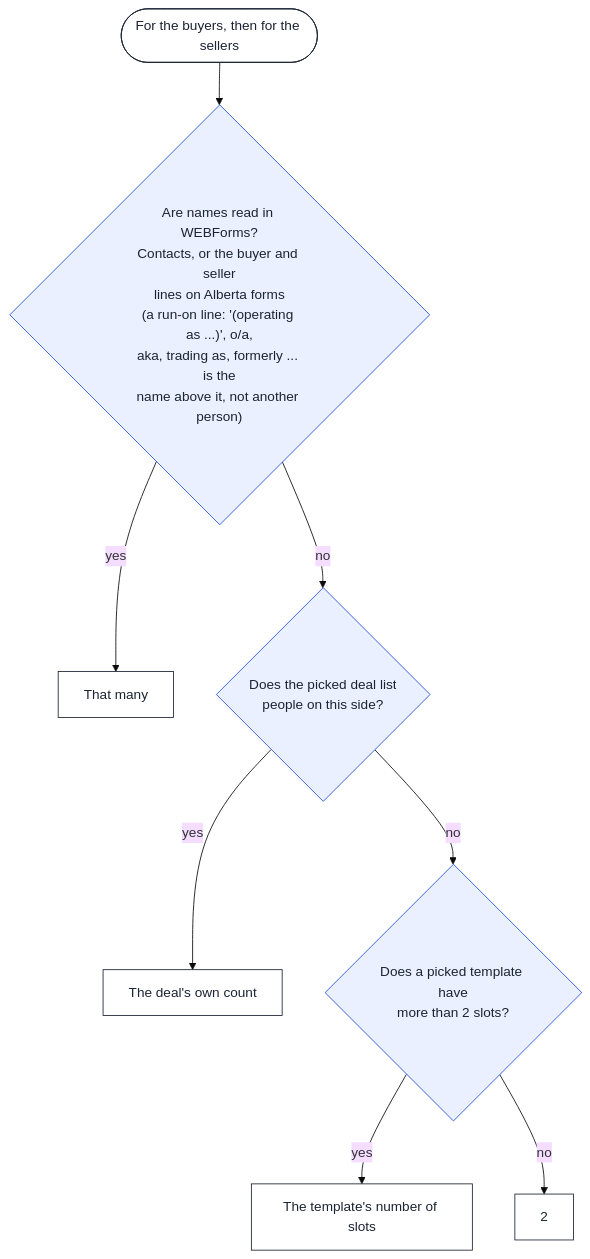
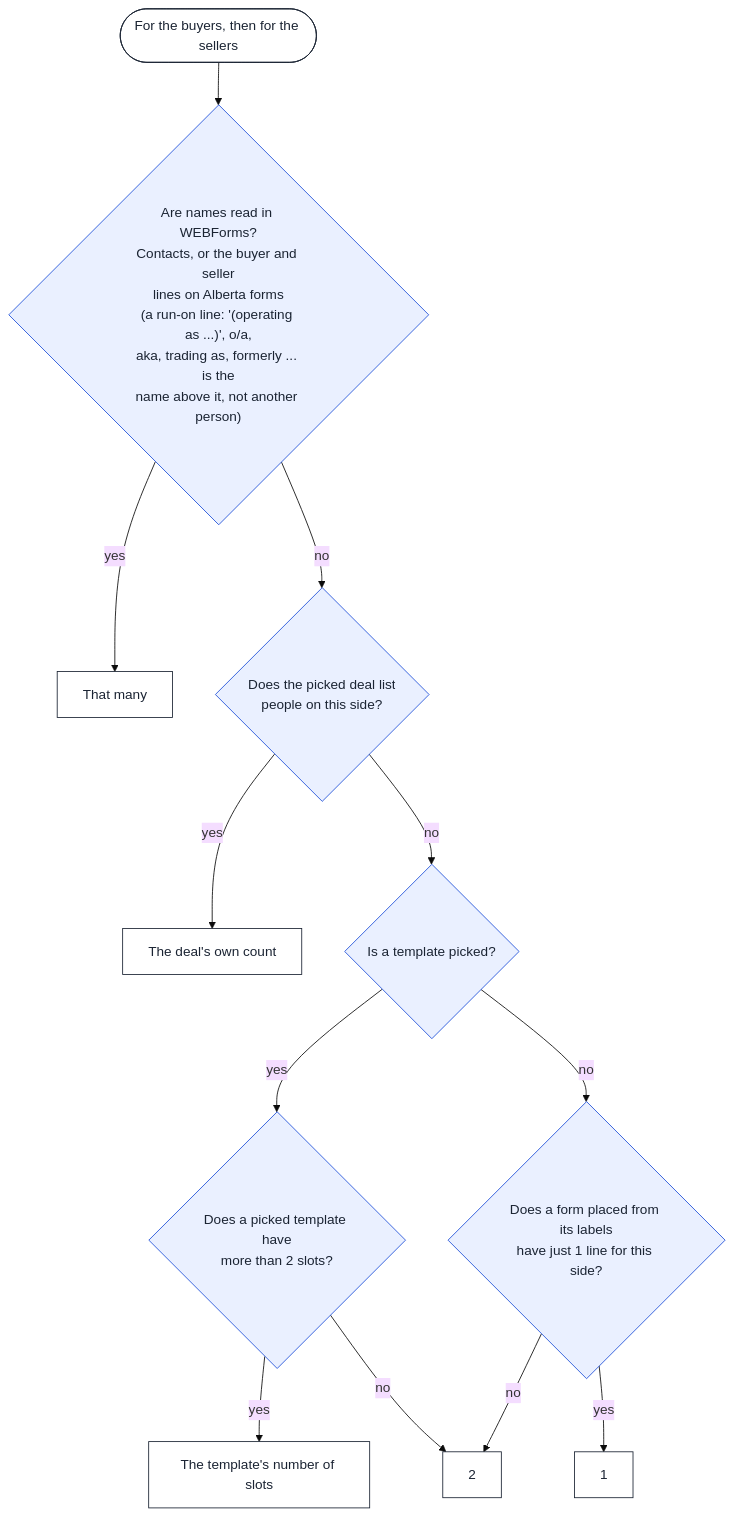
One commit to stante-group/dotted-line changed the third of 4 diagrams in docs/how-the-panel-decides.md. Above: the diagram before and after it, drawn with Mermaid (base theme). The commit also changed other lines of this file and 7 other files, not shown here.

````diff
--- a/docs/how-the-panel-decides.md
+++ b/docs/how-the-panel-decides.md
@@ -84,15 +86,19 @@
 ```mermaid
 flowchart TD
   A(["For the buyers, then for the sellers"]) --> F{"Are names read in WEBForms?<br/>Contacts, or the buyer and seller<br/>lines on Alberta forms<br/>(a run-on line: '(operating as ...)', o/a,<br/>aka, trading as, formerly ... is the<br/>name above it, not another person)"}
   F -- yes --> F1["That many"]
   F -- no --> DL{"Does the picked deal list<br/>people on this side?"}
   DL -- yes --> D1["The deal's own count"]
-  DL -- no --> TS{"Does a picked template have<br/>more than 2 slots?"}
+  DL -- no --> TP{"Is a template picked?"}
+  TP -- yes --> TS{"Does a picked template have<br/>more than 2 slots?"}
   TS -- yes --> T1["The template's number of slots"]
   TS -- no --> TWO["2"]
+  TP -- no --> LB{"Does a form placed from its labels<br/>have just 1 line for this side?"}
+  LB -- yes --> L1["1"]
+  LB -- no --> TWO
 
   classDef q fill:#eaf0ff,stroke:#1d4ed8,color:#1b2433
   classDef out fill:#ffffff,stroke:#1b2433,color:#1b2433
-  class F,DL,TS q
-  class A,F1,D1,T1,TWO out
+  class F,DL,TP,TS,LB q
+  class A,F1,D1,T1,L1,TWO out
 ```
````
